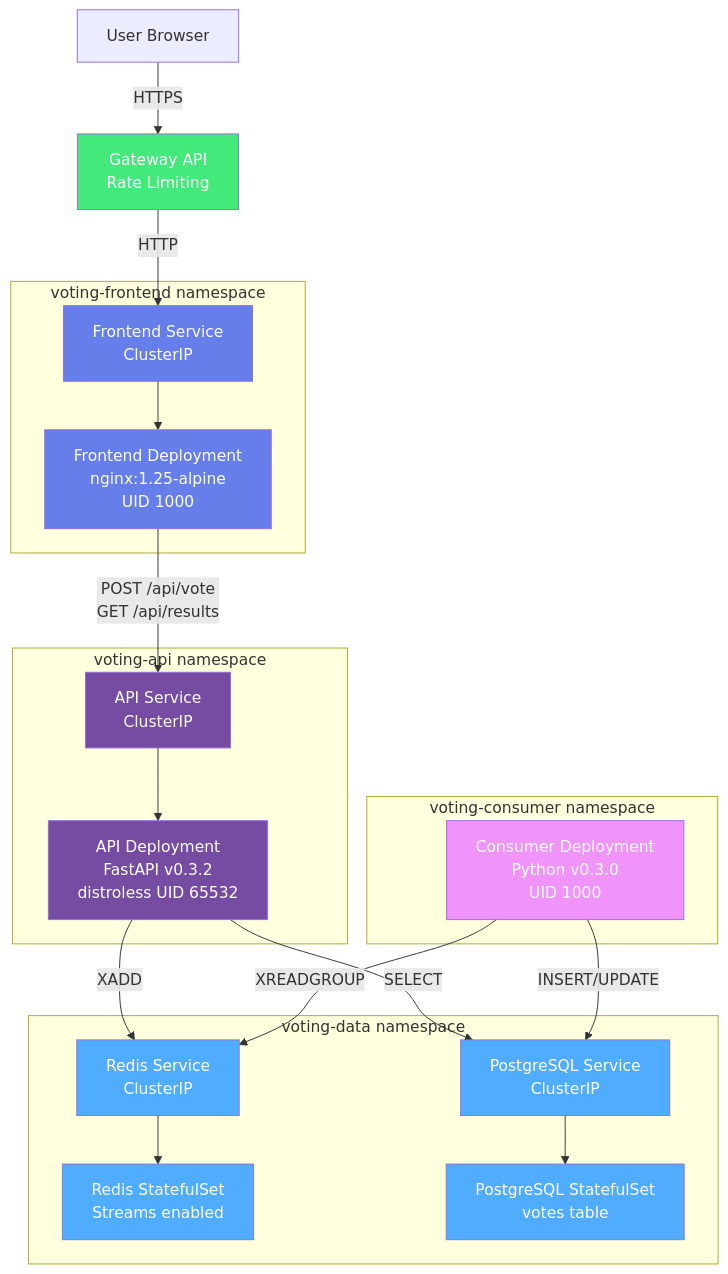
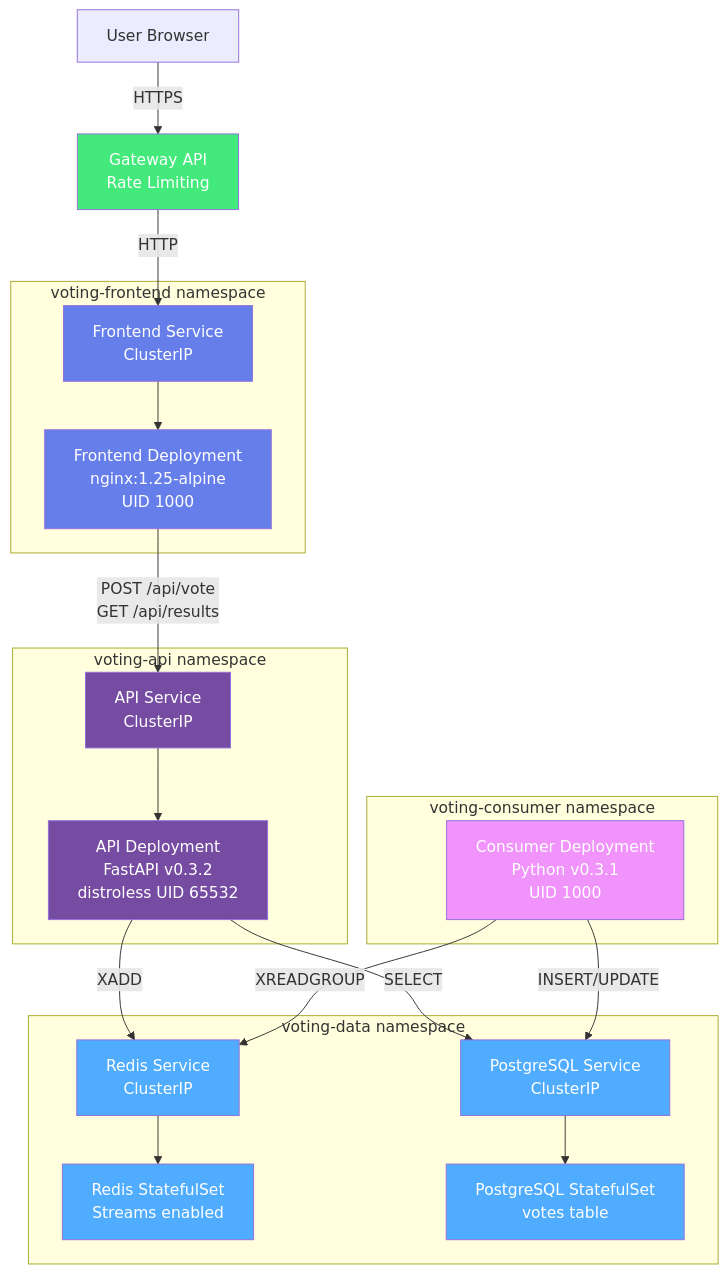
One commit to jscatala/demo_project changed the first of 2 diagrams in README.md. Above: the diagram before and after it, drawn with Mermaid.

Commit message:
docs: update consumer version in architecture diagram (v0.3.0 → v0.3.1)

````diff
--- a/README.md
+++ b/README.md
@@ -39,50 +39,50 @@
 ```mermaid
 graph TB
     subgraph "voting-frontend namespace"
         FE[Frontend Deployment<br/>nginx:1.25-alpine<br/>UID 1000]
         FE_SVC[Frontend Service<br/>ClusterIP]
     end
 
     subgraph "voting-api namespace"
         API[API Deployment<br/>FastAPI v0.3.2<br/>distroless UID 65532]
         API_SVC[API Service<br/>ClusterIP]
     end
 
     subgraph "voting-consumer namespace"
-        CONSUMER[Consumer Deployment<br/>Python v0.3.0<br/>UID 1000]
+        CONSUMER[Consumer Deployment<br/>Python v0.3.1<br/>UID 1000]
     end
 
     subgraph "voting-data namespace"
         REDIS[Redis StatefulSet<br/>Streams enabled]
         REDIS_SVC[Redis Service<br/>ClusterIP]
         PG[PostgreSQL StatefulSet<br/>votes table]
         PG_SVC[PostgreSQL Service<br/>ClusterIP]
     end
 
     GATEWAY[Gateway API<br/>Rate Limiting]
     USER[User Browser]
 
     USER -->|HTTPS| GATEWAY
     GATEWAY -->|HTTP| FE_SVC
     FE_SVC --> FE
     FE -->|POST /api/vote<br/>GET /api/results| API_SVC
     API_SVC --> API
     API -->|XADD| REDIS_SVC
     REDIS_SVC --> REDIS
     API -->|SELECT| PG_SVC
     PG_SVC --> PG
     CONSUMER -->|XREADGROUP| REDIS_SVC
     CONSUMER -->|INSERT/UPDATE| PG_SVC
 
     classDef frontend fill:#667eea,color:#fff
     classDef api fill:#764ba2,color:#fff
     classDef consumer fill:#f093fb,color:#fff
     classDef data fill:#4facfe,color:#fff
     classDef gateway fill:#43e97b,color:#fff
 
     class FE,FE_SVC frontend
     class API,API_SVC api
     class CONSUMER consumer
     class REDIS,REDIS_SVC,PG,PG_SVC data
     class GATEWAY gateway
 ```
````
